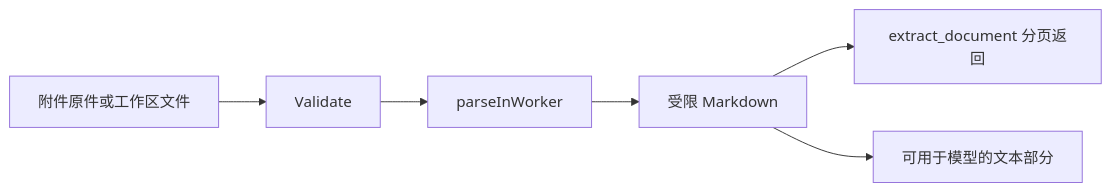
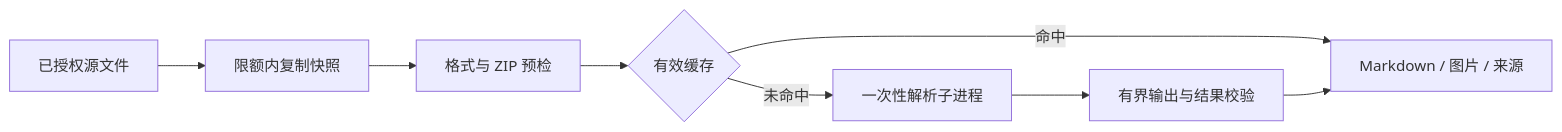
The diagram in internal/documenttext/README.md (sda1-hacker/humbert-agent), drawn with Mermaid before and after one commit. The commit also changed other lines of this file and 54 other files, not shown here.

````diff
--- a/internal/documenttext/README.md
+++ b/internal/documenttext/README.md
@@ -7,8 +18,10 @@
 ```mermaid
 flowchart LR
-  A[附件原件或工作区文件] --> V[Validate]
-  V --> W[parseInWorker]
-  W --> M[受限 Markdown]
-  M --> S[extract_document 分页返回]
-  M --> C[可用于模型的文本部分]
+  A[已授权源文件] --> S[限额内复制快照]
+  S --> V[格式与 ZIP 预检]
+  V --> C{有效缓存}
+  C -->|命中| R[Markdown / 图片 / 来源]
+  C -->|未命中| W[一次性解析子进程]
+  W --> B[有界输出与结果校验]
+  B --> R
 ```
````
